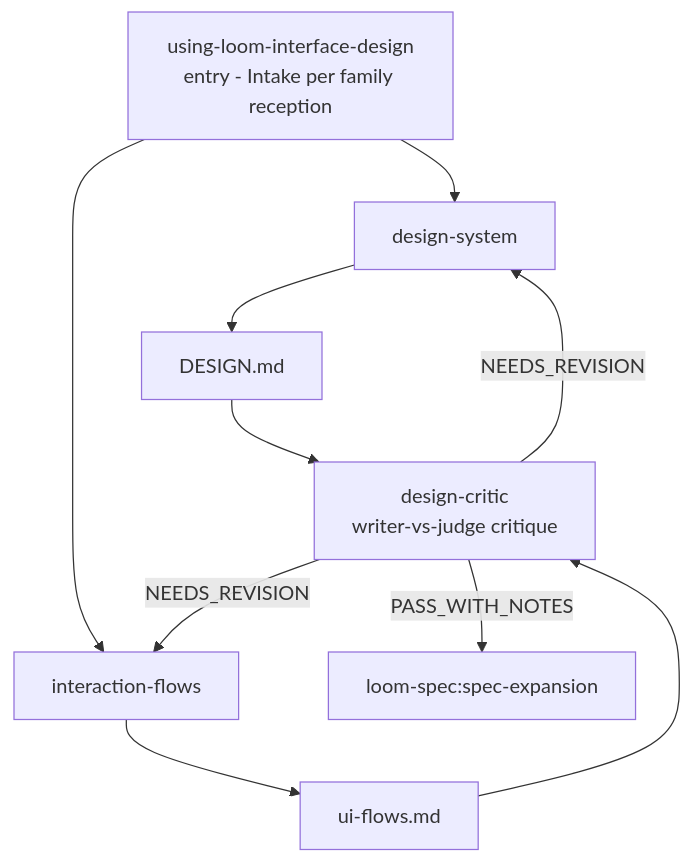
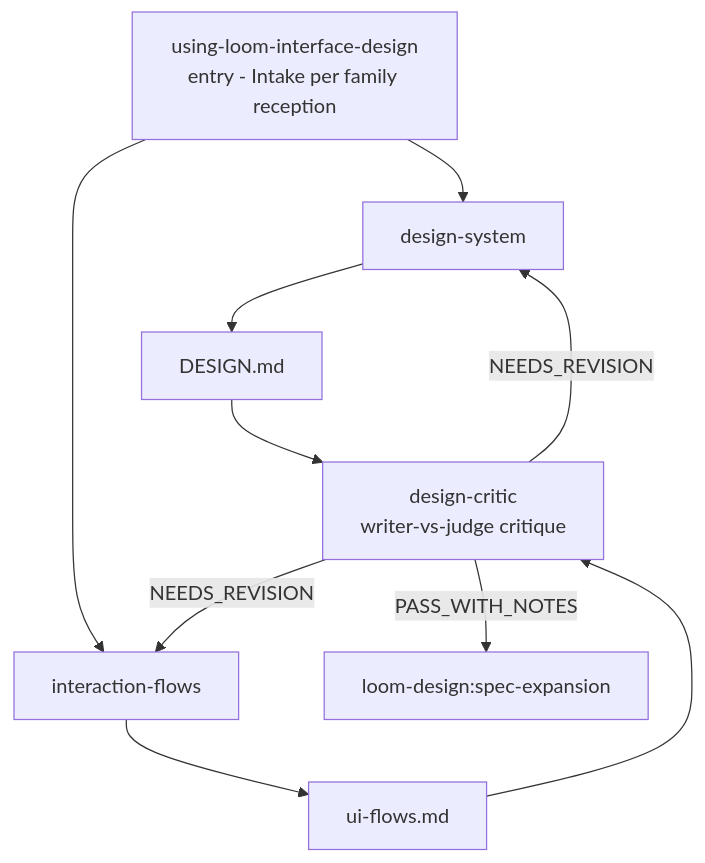
One commit to kouko/monkey-skills changed the diagram in loom-design/README-interface-design.md. Above: the diagram before and after it, drawn with Mermaid. The commit also changed other lines of this file and 62 other files, not shown here.

````diff
--- a/loom-design/README-interface-design.md
+++ b/loom-design/README-interface-design.md
@@ -31,20 +36,20 @@
 ```mermaid
 flowchart TD
     entry["using-loom-interface-design<br/>entry - Intake per family reception"]
     ds["design-system"]
     flows["interaction-flows"]
     dmd["DESIGN.md"]
     ufl["ui-flows.md"]
     critic["design-critic<br/>writer-vs-judge critique"]
-    spec["loom-spec:spec-expansion"]
+    spec["loom-design:spec-expansion"]
 
     entry --> ds
     entry --> flows
     ds --> dmd
     flows --> ufl
     dmd --> critic
     ufl --> critic
     critic -- NEEDS_REVISION --> ds
     critic -- NEEDS_REVISION --> flows
     critic -- PASS_WITH_NOTES --> spec
 ```
````
